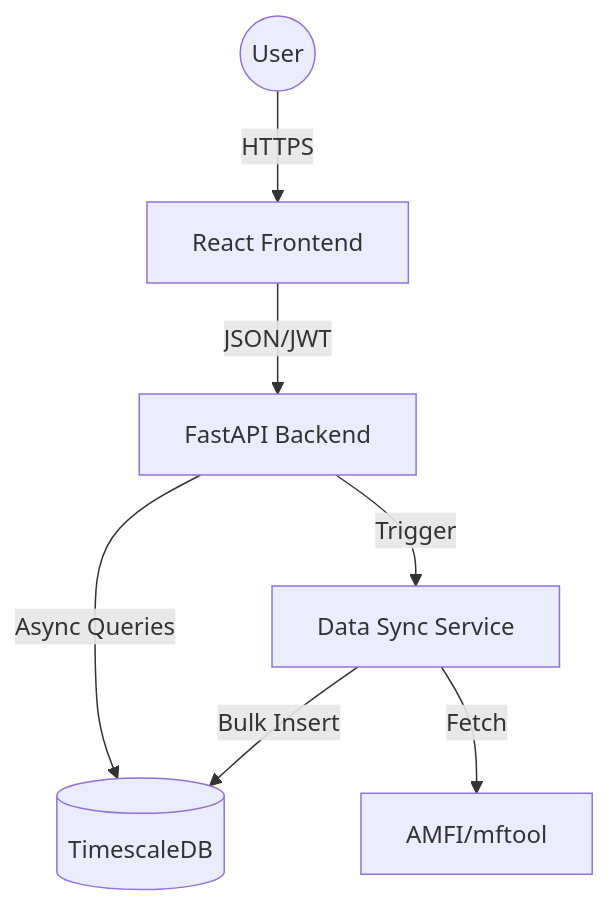
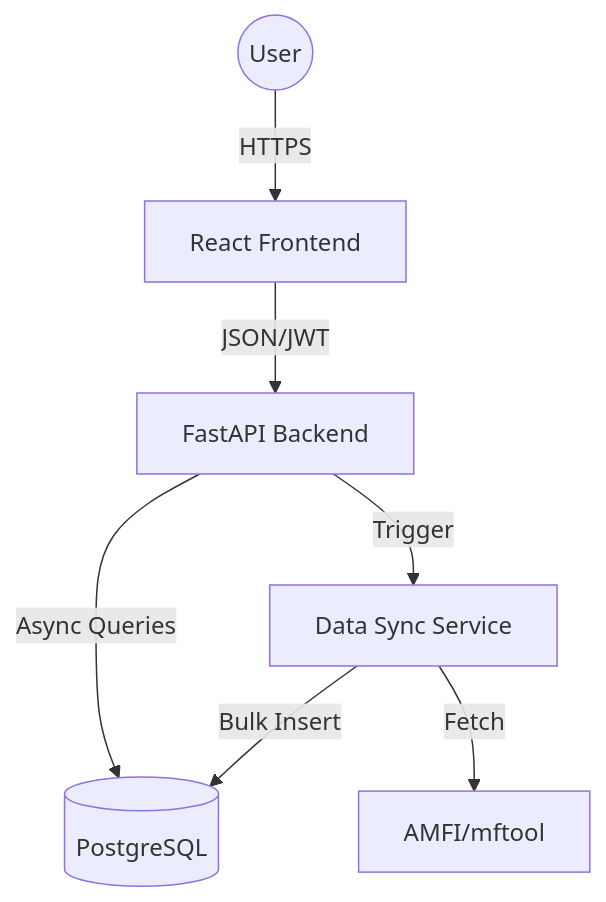
One commit to prp20/Nivesh-Platform changed the diagram in docs/OVERVIEW.md. Above: the diagram before and after it, drawn with Mermaid. The commit also changed other lines of this file and 13 other files, not shown here.

````diff
--- a/docs/OVERVIEW.md
+++ b/docs/OVERVIEW.md
@@ -9,16 +9,16 @@
 ```mermaid
 graph TD
     User((User))
     Web[React Frontend]
     API[FastAPI Backend]
-    DB[(TimescaleDB)]
+    DB[(PostgreSQL)]
     Sync[Data Sync Service]
     AMFI[AMFI/mftool]
 
     User -->|HTTPS| Web
     Web -->|JSON/JWT| API
     API -->|Async Queries| DB
     API -->|Trigger| Sync
     Sync -->|Fetch| AMFI
     Sync -->|Bulk Insert| DB
 ```
````
